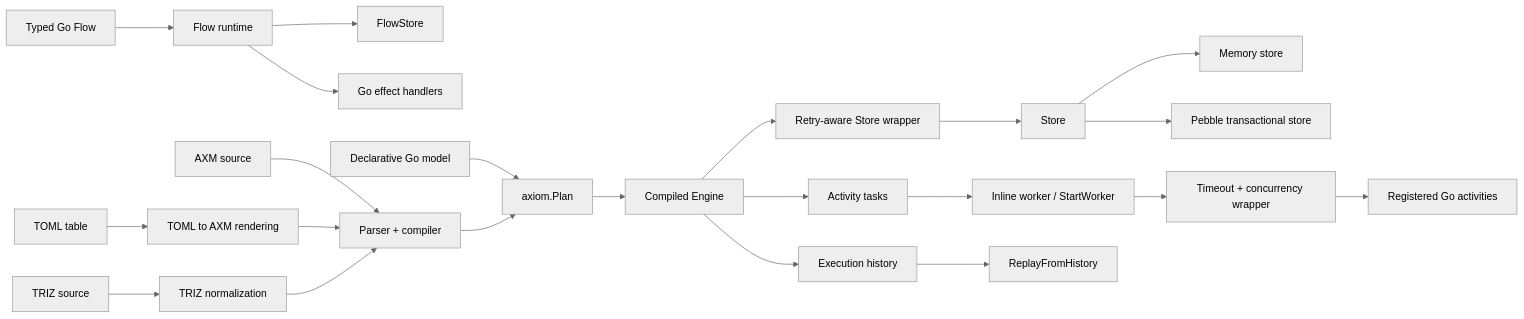
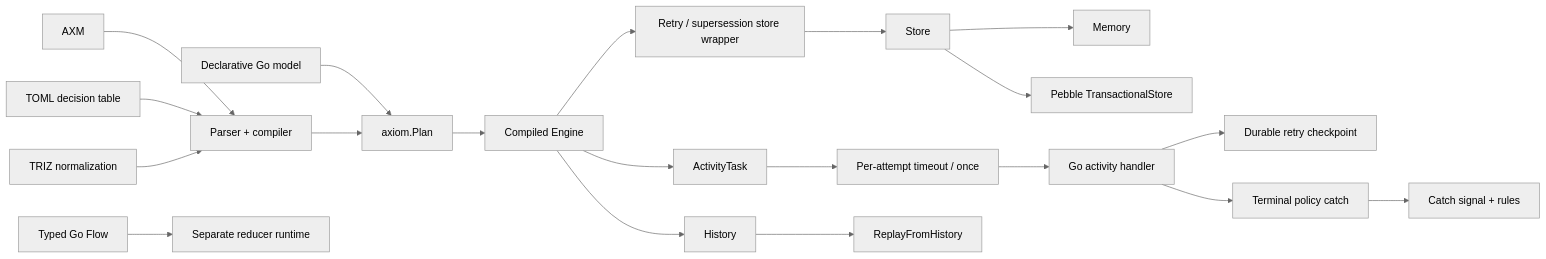
The first of 4 diagrams in ARCHITECTURE.md (Homiakus/axiom), drawn with Mermaid (neutral theme) before and after one commit. The commit also changed other lines of this file, not shown here.

Commit message:
docs(architecture): align with current orchestration runtime

````diff
--- a/ARCHITECTURE.md
+++ b/ARCHITECTURE.md
@@ -11,26 +11,26 @@
 ```mermaid
 flowchart LR
-    Flow[Typed Go Flow] --> FlowRuntime[Flow runtime]
-    FlowRuntime --> FlowStore[FlowStore]
-    FlowRuntime --> Effects[Go effect handlers]
-
     GoModel[Declarative Go model] --> Plan[axiom.Plan]
-    AXM[AXM source] --> Compiler[Parser + compiler]
-    TOML[TOML table] --> AXMRender[TOML to AXM rendering]
-    TRIZ[TRIZ source] --> Normalize[TRIZ normalization]
-    AXMRender --> Compiler
-    Normalize --> Compiler
+    AXM[AXM] --> Compiler[Parser + compiler]
+    TOML[TOML decision table] --> Compiler
+    TRIZ[TRIZ normalization] --> Compiler
     Compiler --> Plan
 
     Plan --> Engine[Compiled Engine]
-    Engine --> RetryStore[Retry-aware Store wrapper]
-    RetryStore --> Store[Store]
-    Store --> Memory[Memory store]
-    Store --> Pebble[Pebble transactional store]
-    Engine --> Tasks[Activity tasks]
-    Tasks --> Worker[Inline worker / StartWorker]
-    Worker --> Policy[Timeout + concurrency wrapper]
-    Policy --> Activities[Registered Go activities]
-    Engine --> History[Execution history]
+    Engine --> Orchestration[Retry / supersession store wrapper]
+    Orchestration --> Store[Store]
+    Store --> Memory[Memory]
+    Store --> Pebble[Pebble TransactionalStore]
+
+    Engine --> Tasks[ActivityTask]
+    Tasks --> Attempt[Per-attempt timeout / once]
+    Attempt --> Handler[Go activity handler]
+    Handler --> Retry[Durable retry checkpoint]
+    Handler --> Catch[Terminal policy catch]
+    Catch --> Signal[Catch signal + rules]
+
+    Engine --> History[History]
     History --> Replay[ReplayFromHistory]
+
+    Flow[Typed Go Flow] --> FlowRuntime[Separate reducer runtime]
 ```
````
